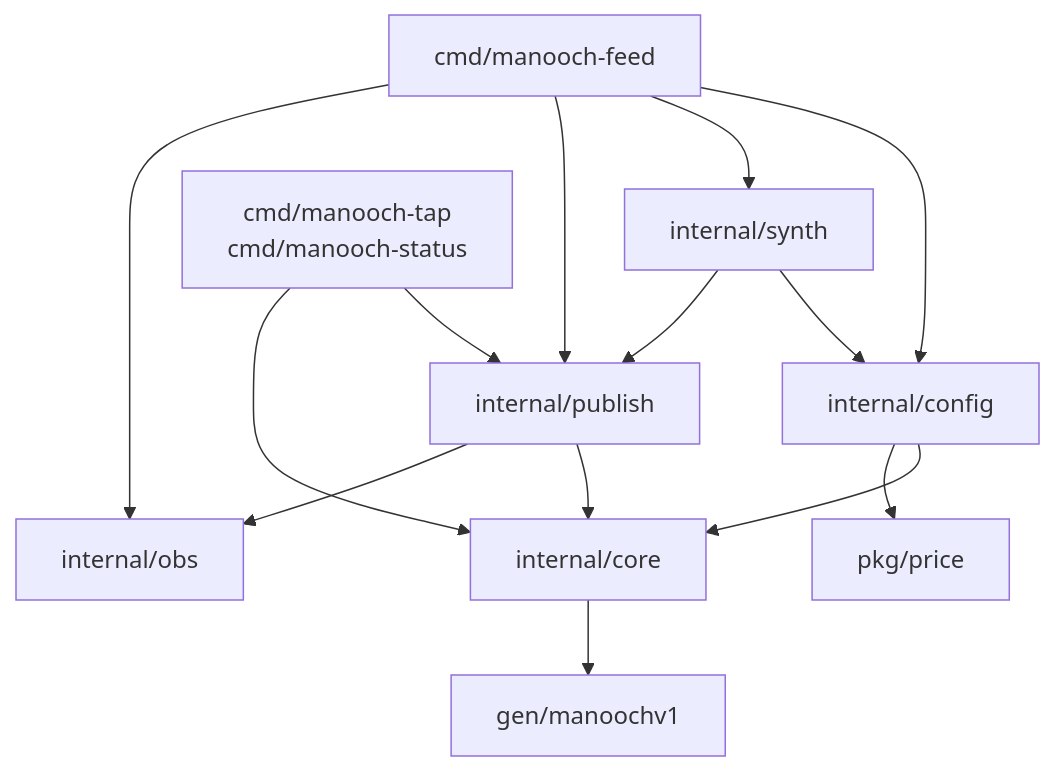
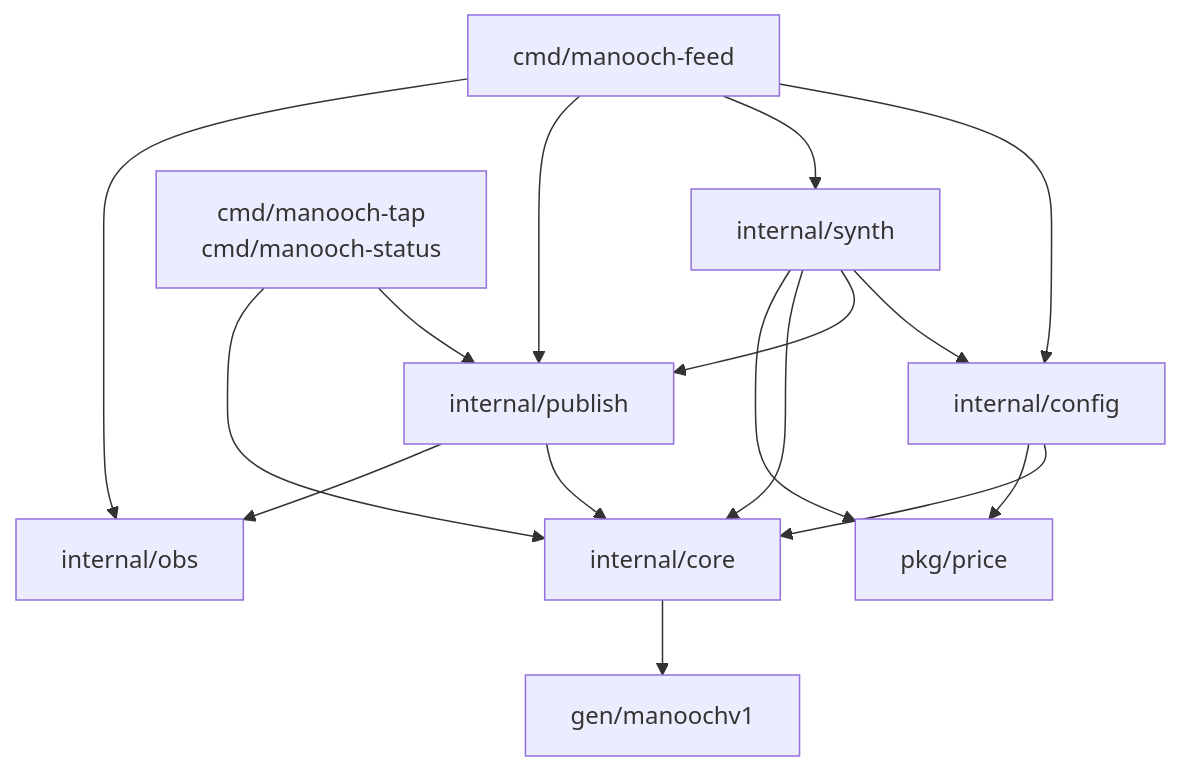
The first of 2 diagrams in docs/architecture.md (mrfatolahi1/Manooch), drawn with Mermaid before and after one commit. The commit also changed other lines of this file and 3 other files, not shown here.

Commit message:
docs: correct dependency graph and http validation nuance

````diff
--- a/docs/architecture.md
+++ b/docs/architecture.md
@@ -27,16 +27,18 @@
 ```mermaid
 graph TD
   feed[cmd/manooch-feed] --> config[internal/config]
   feed --> synth[internal/synth]
   feed --> publish[internal/publish]
   feed --> obs[internal/obs]
   cli[cmd/manooch-tap<br/>cmd/manooch-status] --> publish
   cli --> core[internal/core]
   synth --> config
   synth --> publish
+  synth --> core
+  synth --> price
   config --> core
   config --> price[pkg/price]
   publish --> core
   publish --> obs
   core --> gen[gen/manoochv1]
 ```
````
